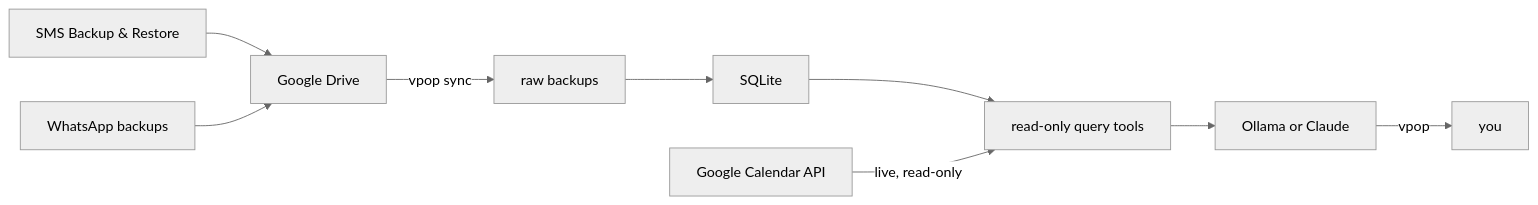
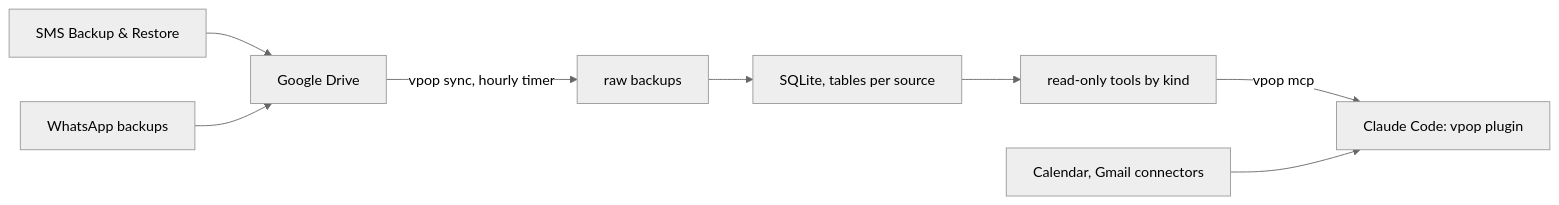
One commit to marcushadeed/vPop changed the diagram in README.md. Above: the diagram before and after it, drawn with Mermaid (neutral theme). The commit also changed other lines of this file and 5 other files, not shown here.

First line of the commit message:
release 2.0: document vPop as a read-only data layer for Claude

````diff
--- a/README.md
+++ b/README.md
@@ -21,11 +23,10 @@
 ```mermaid
 graph LR
-    backup["SMS Backup & Restore"] --> drive["Google Drive"]
+    sms["SMS Backup & Restore"] --> drive["Google Drive"]
     whatsapp["WhatsApp backups"] --> drive
-    drive -->|vpop sync| raw["raw backups"]
-    raw --> sqlite["SQLite"]
-    sqlite --> tools["read-only query tools"]
-    calendar["Google Calendar API"] -->|live, read-only| tools
-    tools --> llm["Ollama or Claude"]
-    llm -->|vpop| you["you"]
+    drive -->|vpop sync, hourly timer| raw["raw backups"]
+    raw --> sqlite["SQLite, tables per source"]
+    sqlite --> tools["read-only tools by kind"]
+    tools -->|vpop mcp| claude["Claude Code: vpop plugin"]
+    connectors["Calendar, Gmail connectors"] --> claude
 ```
````
